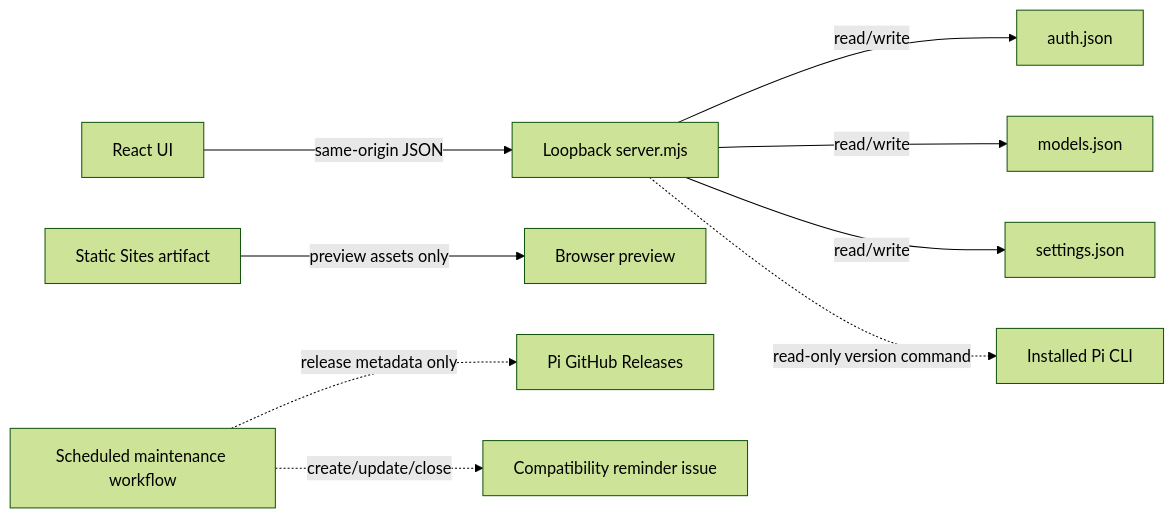
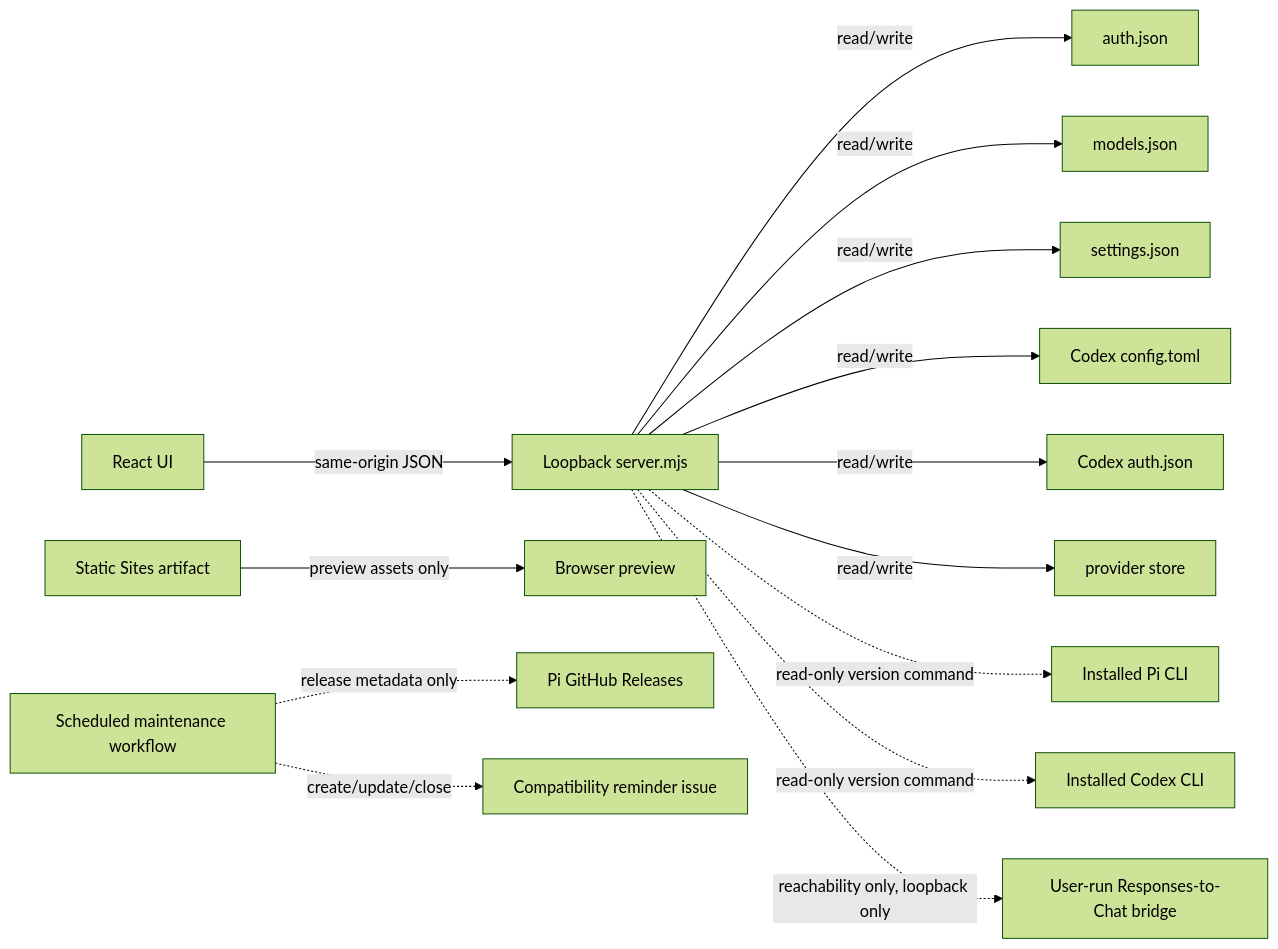
Before and after one commit to wowayou/pi-provider-manager: the diagram in docs/architecture.md, drawn with Mermaid (forest theme). The commit also changed other lines of this file and 12 other files, not shown here.

````diff
--- a/docs/architecture.md
+++ b/docs/architecture.md
@@ -25,12 +29,17 @@
 ```mermaid
 flowchart LR
   Browser[React UI] -->|same-origin JSON| Server[Loopback server.mjs]
   Server -->|read/write| Auth[auth.json]
   Server -->|read/write| Models[models.json]
   Server -->|read/write| Settings[settings.json]
+  Server -->|read/write| CodexToml[Codex config.toml]
+  Server -->|read/write| CodexAuth[Codex auth.json]
+  Server -->|read/write| CodexStore[provider store]
   Server -.->|read-only version command| Pi[Installed Pi CLI]
+  Server -.->|read-only version command| Codex[Installed Codex CLI]
+  Server -.->|reachability only, loopback only| Bridge[User-run Responses-to-Chat bridge]
   Sites[Static Sites artifact] -->|preview assets only| Preview[Browser preview]
 
   Monitor[Scheduled maintenance workflow] -.->|release metadata only| Releases[Pi GitHub Releases]
   Monitor -.->|create/update/close| Issue[Compatibility reminder issue]
 ```
````
